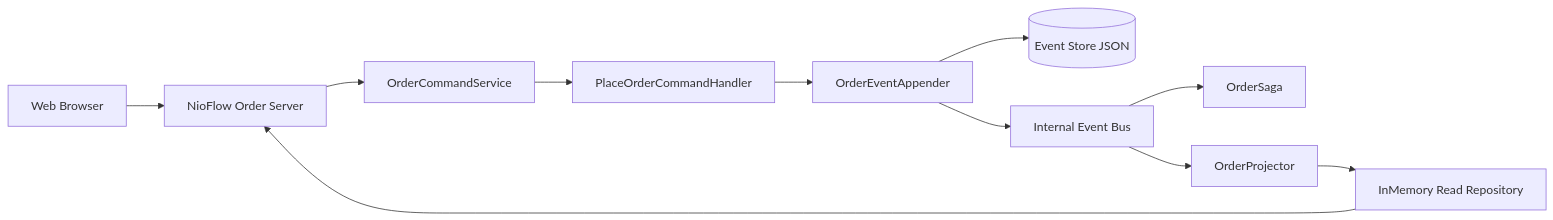
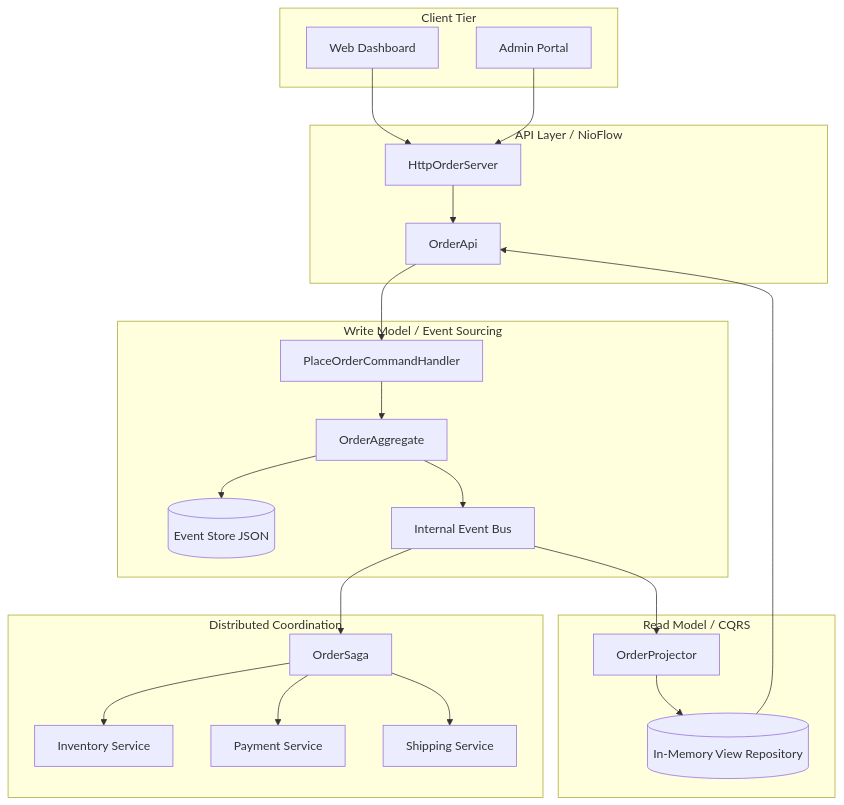
Before and after one commit to jhanvi857/Evora: the first of 2 diagrams in README.md, drawn with Mermaid. The commit also changed other lines of this file, not shown here.

Commit message:
docs: add detailed architecture and saga workflow diagrams

````diff
--- a/README.md
+++ b/README.md
@@ -18,13 +9,46 @@
 ```mermaid
-flowchart LR
-    Client[Web Browser] --> API[NioFlow Order Server]
-    API --> CS[OrderCommandService]
-    CS --> Handler[PlaceOrderCommandHandler]
-    Handler --> Appender[OrderEventAppender]
-    Appender --> Store[(Event Store JSON)]
-    Appender --> Bus[Internal Event Bus]
-    Bus --> Saga[OrderSaga]
-    Bus --> Projector[OrderProjector]
-    Projector --> ReadModel[InMemory Read Repository]
-    ReadModel --> API
+graph TD
+    subgraph Client_Tier [Client Tier]
+        UI[Web Dashboard]
+        Admin[Admin Portal]
+    end
+
+    subgraph API_Layer [API Layer / NioFlow]
+        Srv[HttpOrderServer]
+        Bridge[OrderApi]
+    end
+
+    subgraph Command_Side [Write Model / Event Sourcing]
+        Handler[PlaceOrderCommandHandler]
+        Agg[OrderAggregate]
+        Store[(Event Store JSON)]
+        Bus[Internal Event Bus]
+    end
+
+    subgraph Saga_Orchestrator [Distributed Coordination]
+        Orch[OrderSaga]
+        Inv[Inventory Service]
+        Pay[Payment Service]
+        Ship[Shipping Service]
+    end
+
+    subgraph Query_Side [Read Model / CQRS]
+        Proj[OrderProjector]
+        Repo[(In-Memory View Repository)]
+    end
+
+    UI --> Srv
+    Admin --> Srv
+    Srv --> Bridge
+    Bridge --> Handler
+    Handler --> Agg
+    Agg --> Store
+    Agg --> Bus
+    Bus --> Orch
+    Bus --> Proj
+    Orch --> Inv
+    Orch --> Pay
+    Orch --> Ship
+    Proj --> Repo
+    Repo --> Bridge
 ```
````
